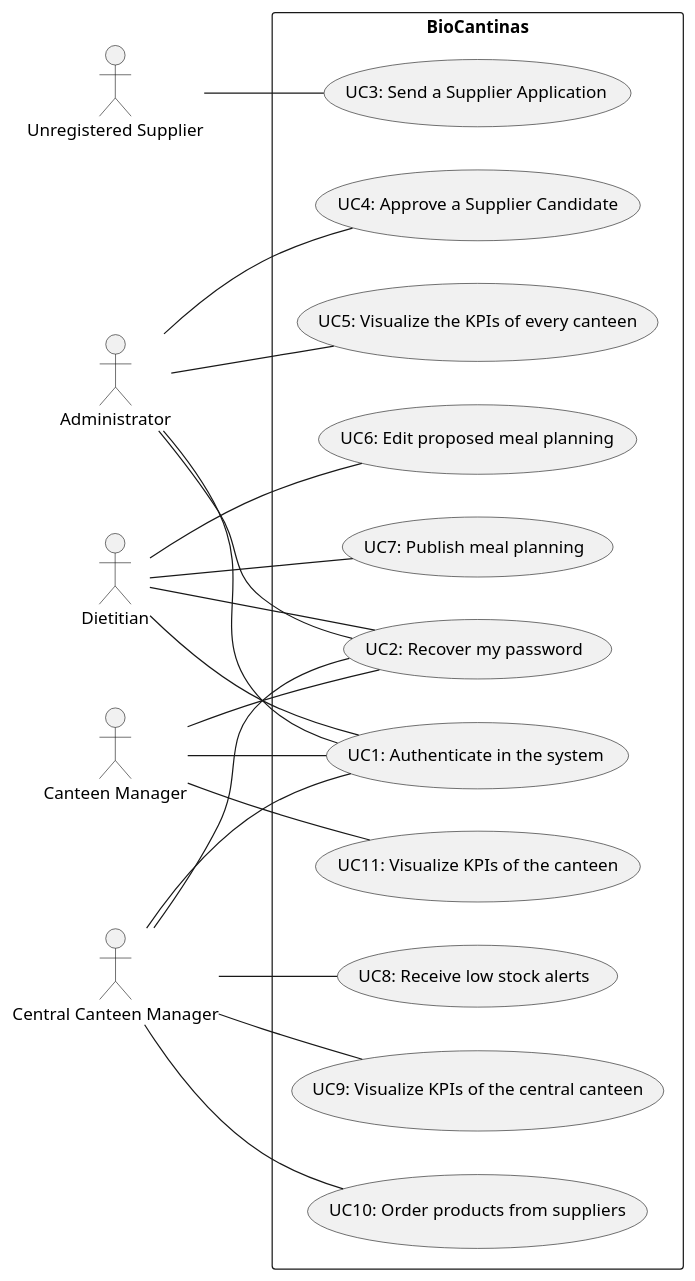
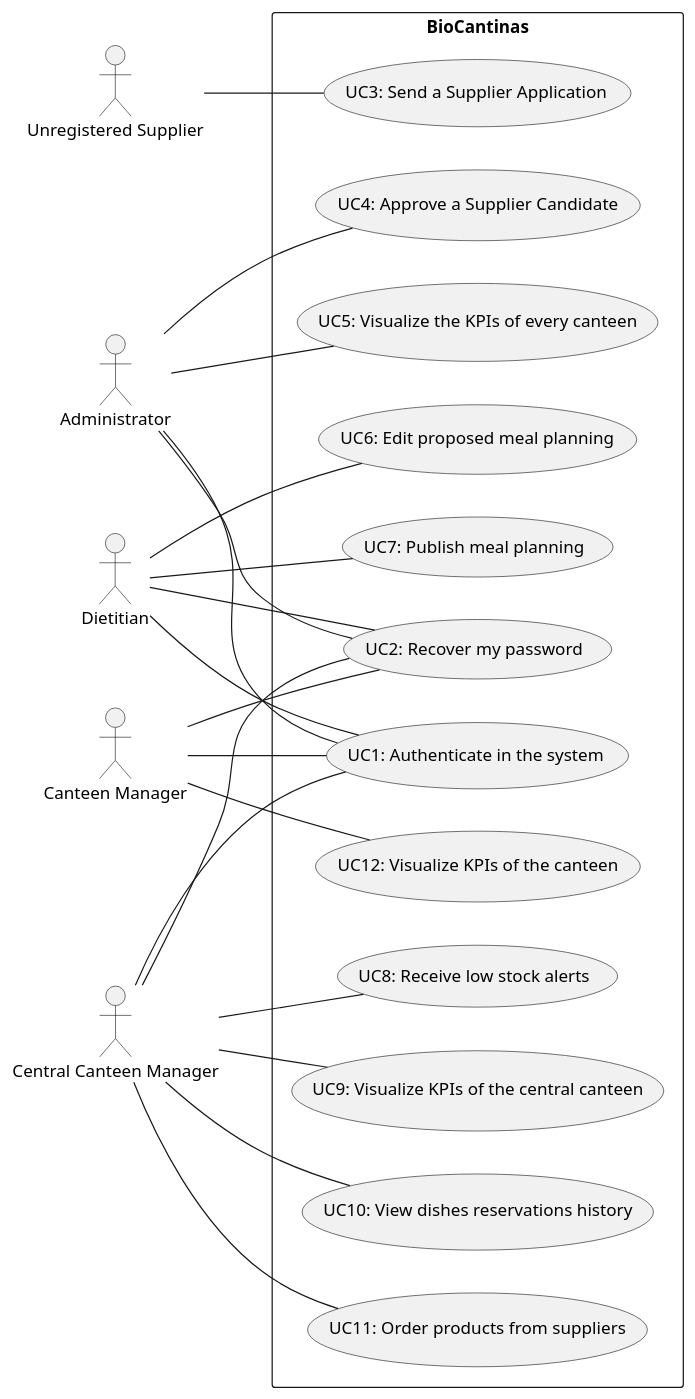
One commit to mei-desofs/desofs2026-thu_ffs_1 changed the diagram in Deliverables/phase1/diagrams/uc.puml. Above: the diagram before and after it, drawn with PlantUML.

Commit message:
#1 use case diagram

```diff
--- a/Deliverables/phase1/diagrams/uc.puml
+++ b/Deliverables/phase1/diagrams/uc.puml
@@ -1,39 +1,40 @@
 @startuml
 left to right direction
 
 actor UnregisteredSupplier as "Unregistered Supplier"
 actor Admin as "Administrator"
 actor Dietitian
 actor CentralCanteenManager as "Central Canteen Manager"
 actor CanteenManager as "Canteen Manager"
 
 
 rectangle BioCantinas {
 
     CentralCanteenManager -- (UC1: Authenticate in the system)
     CanteenManager -- (UC1: Authenticate in the system)
     Dietitian -- (UC1: Authenticate in the system)
     Admin -- (UC1: Authenticate in the system)
 
     CentralCanteenManager -- (UC2: Recover my password)
     CanteenManager -- (UC2: Recover my password)
     Dietitian -- (UC2: Recover my password)
     Admin -- (UC2: Recover my password)
 
     UnregisteredSupplier -- (UC3: Send a Supplier Application)
 
     Admin -- (UC4: Approve a Supplier Candidate)
     Admin -- (UC5: Visualize the KPIs of every canteen)
 
     Dietitian -- (UC6: Edit proposed meal planning)
     Dietitian -- (UC7: Publish meal planning)
 
     CentralCanteenManager -- (UC8: Receive low stock alerts)
     CentralCanteenManager -- (UC9: Visualize KPIs of the central canteen)
-    CentralCanteenManager -- (UC10: Order products from suppliers)
+    CentralCanteenManager -- (UC10: View dishes reservations history)
+    CentralCanteenManager -- (UC11: Order products from suppliers)
 
-    CanteenManager -- (UC11: Visualize KPIs of the canteen)
+    CanteenManager -- (UC12: Visualize KPIs of the canteen)
 
 }
 
 @enduml
```
